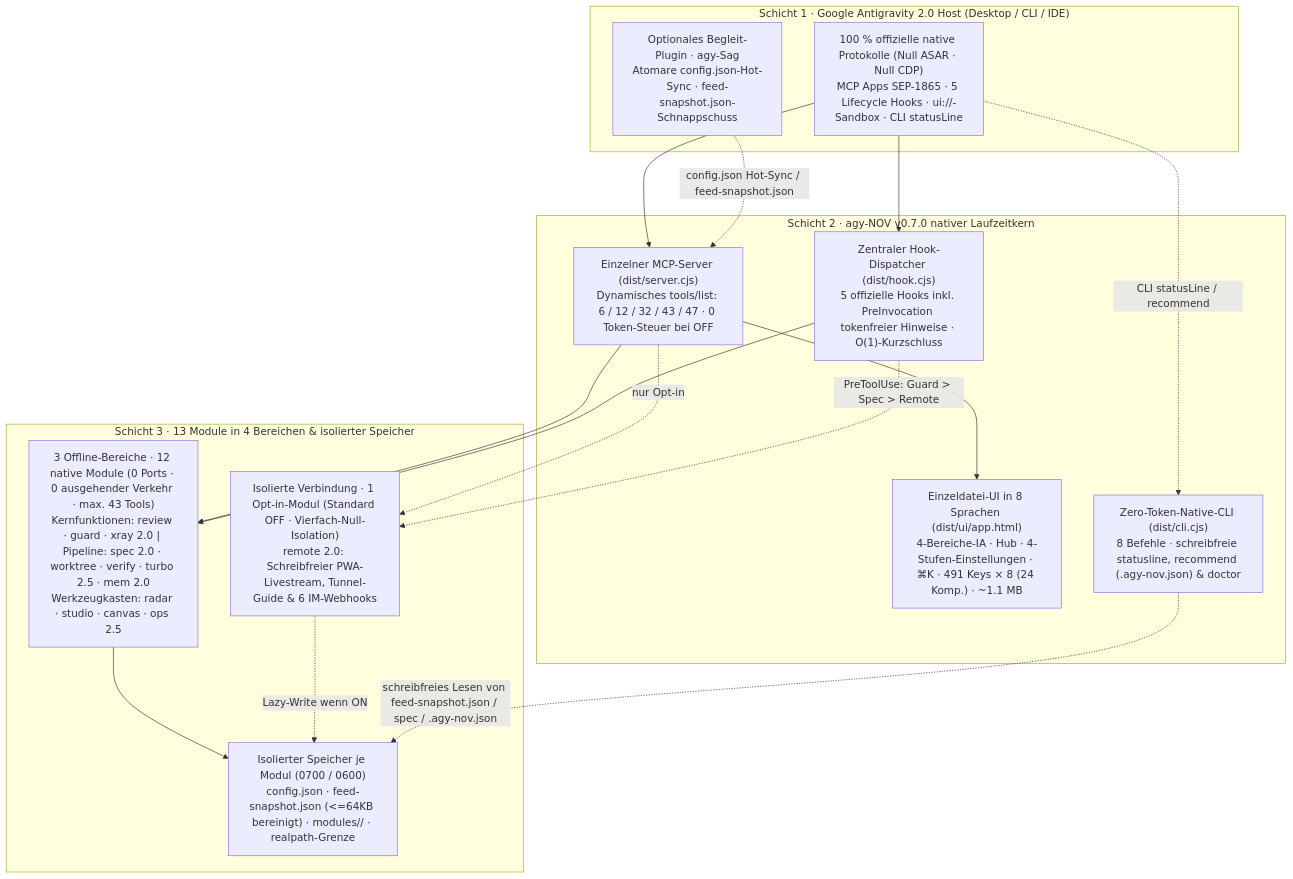
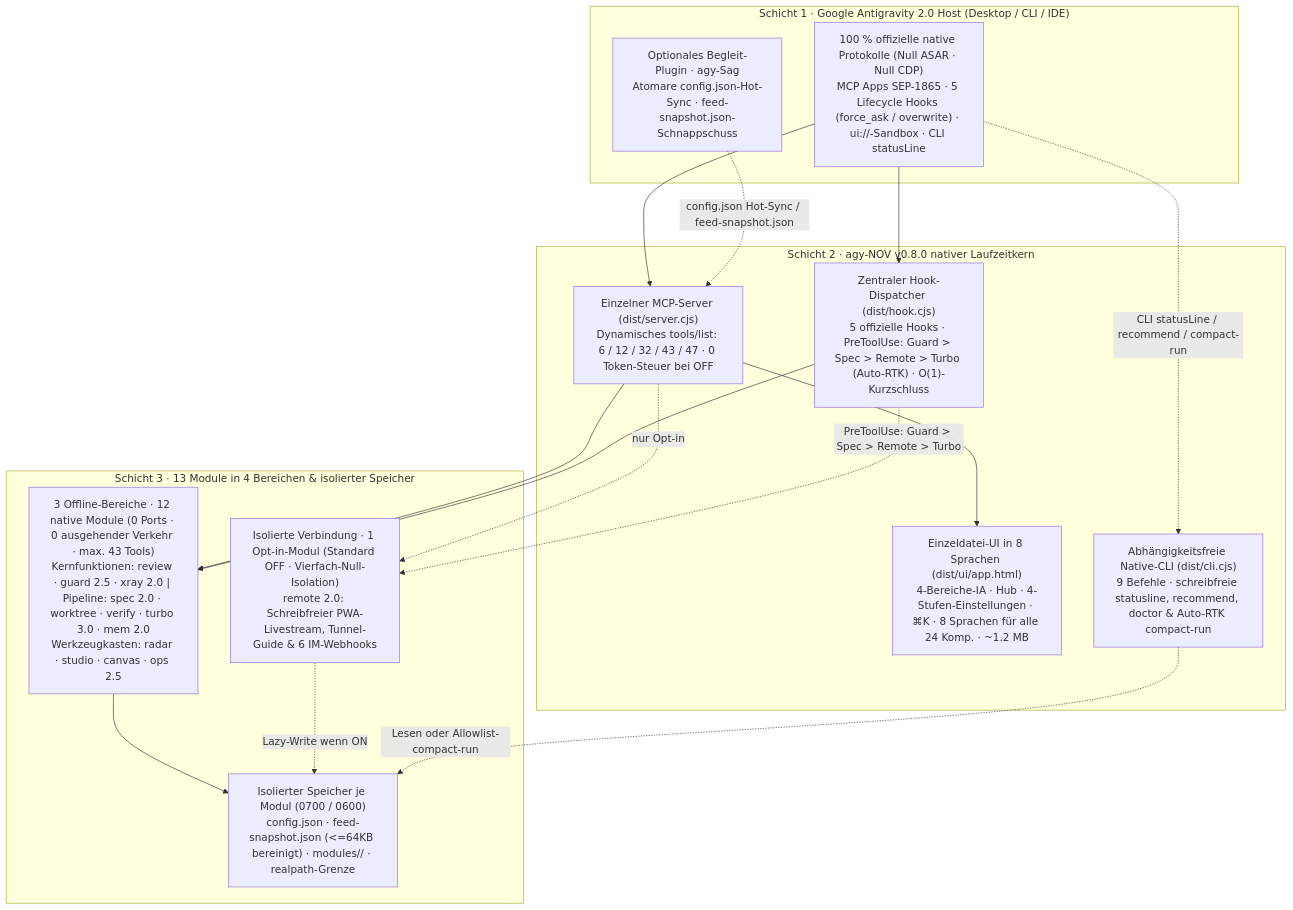
The diagram in docs/i18n/README.de.md (tone-leh/agy-NOV), drawn with Mermaid before and after one commit. The commit also changed other lines of this file and 47 other files, not shown here.

Commit message:
release: v0.8.0 — Auto-RTK overwrite proxy, Turbo 3.0 offline dep contracts/references/context pack & Guard 2.5 turn rewind/permission modes

````diff
--- a/docs/i18n/README.de.md
+++ b/docs/i18n/README.de.md
@@ -222,33 +217,33 @@
 ```mermaid
 flowchart TB
   subgraph L1["Schicht 1 · Google Antigravity 2.0 Host (Desktop / CLI / IDE)"]
-    Host["100 % offizielle native Protokolle (Null ASAR · Null CDP)\nMCP Apps SEP-1865 · 5 Lifecycle Hooks · ui://-Sandbox · CLI statusLine"]
+    Host["100 % offizielle native Protokolle (Null ASAR · Null CDP)\nMCP Apps SEP-1865 · 5 Lifecycle Hooks (force_ask / overwrite) · ui://-Sandbox · CLI statusLine"]
     Sag["Optionales Begleit-Plugin · agy-Sag\nAtomare config.json-Hot-Sync · feed-snapshot.json-Schnappschuss"]
   end
 
-  subgraph L2["Schicht 2 · agy-NOV v0.7.0 nativer Laufzeitkern"]
+  subgraph L2["Schicht 2 · agy-NOV v0.8.0 nativer Laufzeitkern"]
     MCP["Einzelner MCP-Server (dist/server.cjs)\nDynamisches tools/list: 6 / 12 / 32 / 43 / 47 · 0 Token-Steuer bei OFF"]
-    Hook["Zentraler Hook-Dispatcher (dist/hook.cjs)\n5 offizielle Hooks inkl. PreInvocation tokenfreier Hinweise · O(1)-Kurzschluss"]
-    UI["Einzeldatei-UI in 8 Sprachen (dist/ui/app.html)\n4-Bereiche-IA · Hub · 4-Stufen-Einstellungen · ⌘K · 491 Keys × 8 (24 Komp.) · ~1.1 MB"]
-    CLI["Zero-Token-Native-CLI (dist/cli.cjs)\n8 Befehle · schreibfreie statusline, recommend (.agy-nov.json) & doctor"]
+    Hook["Zentraler Hook-Dispatcher (dist/hook.cjs)\n5 offizielle Hooks · PreToolUse: Guard > Spec > Remote > Turbo (Auto-RTK) · O(1)-Kurzschluss"]
+    UI["Einzeldatei-UI in 8 Sprachen (dist/ui/app.html)\n4-Bereiche-IA · Hub · 4-Stufen-Einstellungen · ⌘K · 8 Sprachen für alle 24 Komp. · ~1.2 MB"]
+    CLI["Abhängigkeitsfreie Native-CLI (dist/cli.cjs)\n9 Befehle · schreibfreie statusline, recommend, doctor & Auto-RTK compact-run"]
   end
 
   subgraph L3["Schicht 3 · 13 Module in 4 Bereichen & isolierter Speicher"]
-    T1["3 Offline-Bereiche · 12 native Module (0 Ports · 0 ausgehender Verkehr · max. 43 Tools)\nKernfunktionen: review · guard · xray 2.0 | Pipeline: spec 2.0 · worktree · verify · turbo 2.5 · mem 2.0\nWerkzeugkasten: radar · studio · canvas · ops 2.5"]
+    T1["3 Offline-Bereiche · 12 native Module (0 Ports · 0 ausgehender Verkehr · max. 43 Tools)\nKernfunktionen: review · guard 2.5 · xray 2.0 | Pipeline: spec 2.0 · worktree · verify · turbo 3.0 · mem 2.0\nWerkzeugkasten: radar · studio · canvas · ops 2.5"]
     T2R["Isolierte Verbindung · 1 Opt-in-Modul (Standard OFF · Vierfach-Null-Isolation)\nremote 2.0: Schreibfreier PWA-Livestream, Tunnel-Guide & 6 IM-Webhooks"]
     Store["Isolierter Speicher je Modul (0700 / 0600)\nconfig.json · feed-snapshot.json (<=64KB bereinigt) · modules/<id>/ · realpath-Grenze"]
   end
 
   Host --> MCP
   Host --> Hook
-  Host -. "CLI statusLine / recommend" .-> CLI
+  Host -. "CLI statusLine / recommend / compact-run" .-> CLI
   Sag -. "config.json Hot-Sync / feed-snapshot.json" .-> MCP
   MCP --> UI
   MCP --> T1
   MCP -. "nur Opt-in" .-> T2R
   Hook --> T1
-  Hook -. "PreToolUse: Guard > Spec > Remote" .-> T2R
+  Hook -. "PreToolUse: Guard > Spec > Remote > Turbo" .-> T2R
   T1 --> Store
   T2R -. "Lazy-Write wenn ON" .-> Store
-  CLI -. "schreibfreies Lesen von feed-snapshot.json / spec / .agy-nov.json" .-> Store
+  CLI -. "Lesen oder Allowlist-compact-run" .-> Store
 ```
````
